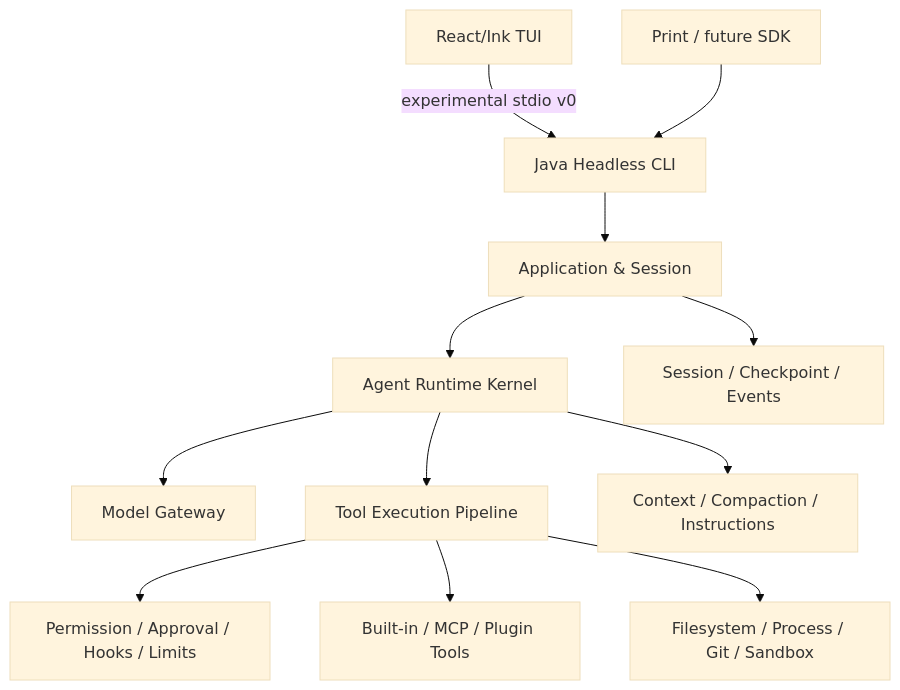
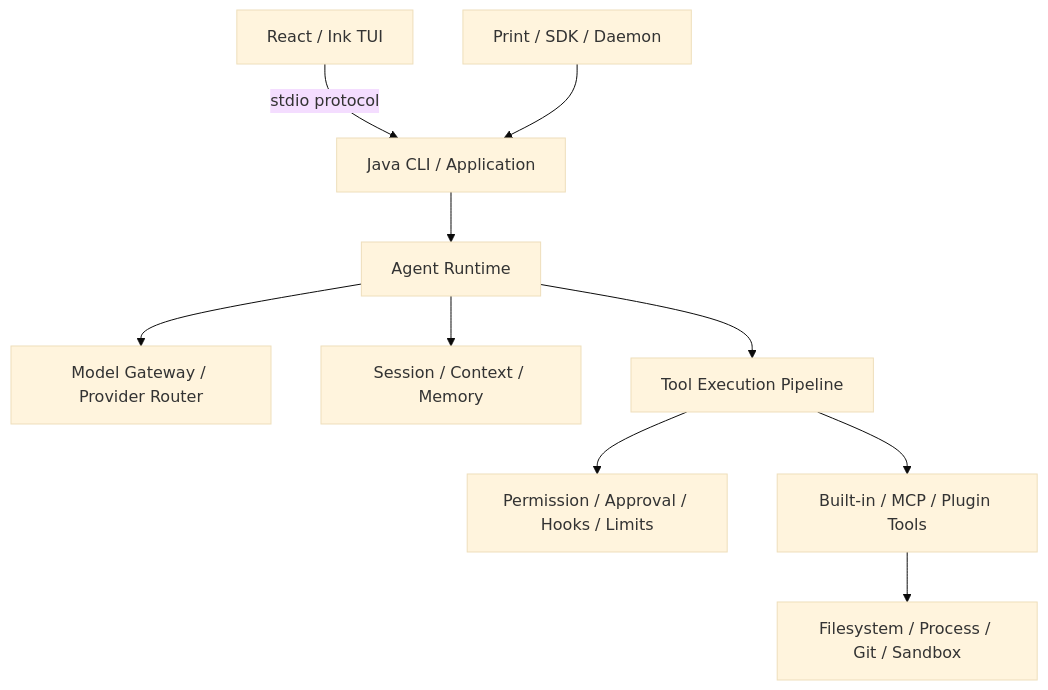
The diagram in README.md (liumaishenjian/cc-java), drawn with Mermaid (base theme) before and after one commit. The commit also changed other lines of this file and 12 other files, not shown here.

````diff
--- a/README.md
+++ b/README.md
@@ -143,14 +39,12 @@
 ```mermaid
 flowchart TB
-    TUI["React/Ink TUI"] -->|"experimental stdio v0"| HOST["Java Headless CLI"]
-    PRINT["Print / future SDK"] --> HOST
-    HOST --> APP["Application & Session"]
-    APP --> LOOP["Agent Runtime Kernel"]
-    LOOP --> MODEL["Model Gateway"]
-    LOOP --> PIPE["Tool Execution Pipeline"]
-    PIPE --> CONTROL["Permission / Approval / Hooks / Limits"]
-    PIPE --> TOOLS["Built-in / MCP / Plugin Tools"]
-    LOOP --> CONTEXT["Context / Compaction / Instructions"]
-    APP --> STORE["Session / Checkpoint / Events"]
-    PIPE --> EXEC["Filesystem / Process / Git / Sandbox"]
+    UI["React / Ink TUI"] -->|"stdio protocol"| CLI["Java CLI / Application"]
+    PRINT["Print / SDK / Daemon"] --> CLI
+    CLI --> RUNTIME["Agent Runtime"]
+    RUNTIME --> MODEL["Model Gateway / Provider Router"]
+    RUNTIME --> CONTEXT["Session / Context / Memory"]
+    RUNTIME --> PIPELINE["Tool Execution Pipeline"]
+    PIPELINE --> CONTROL["Permission / Approval / Hooks / Limits"]
+    PIPELINE --> TOOLS["Built-in / MCP / Plugin Tools"]
+    TOOLS --> EXEC["Filesystem / Process / Git / Sandbox"]
 ```
````
